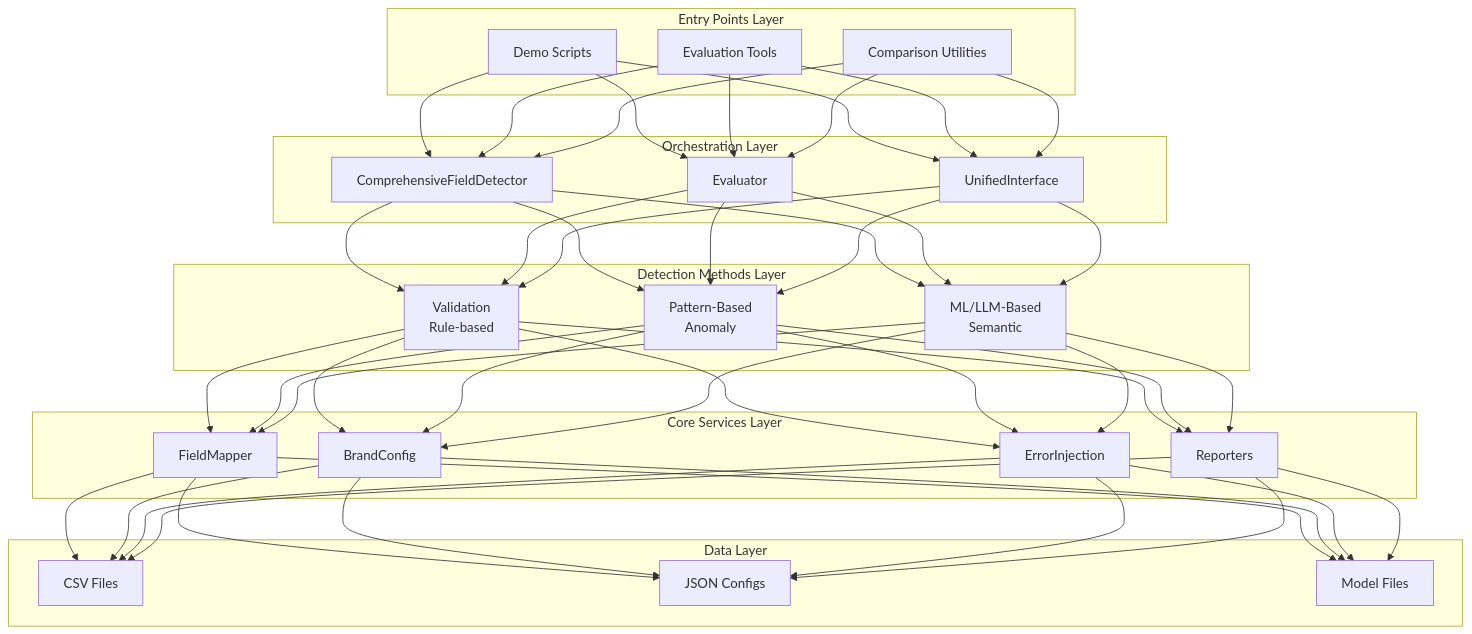
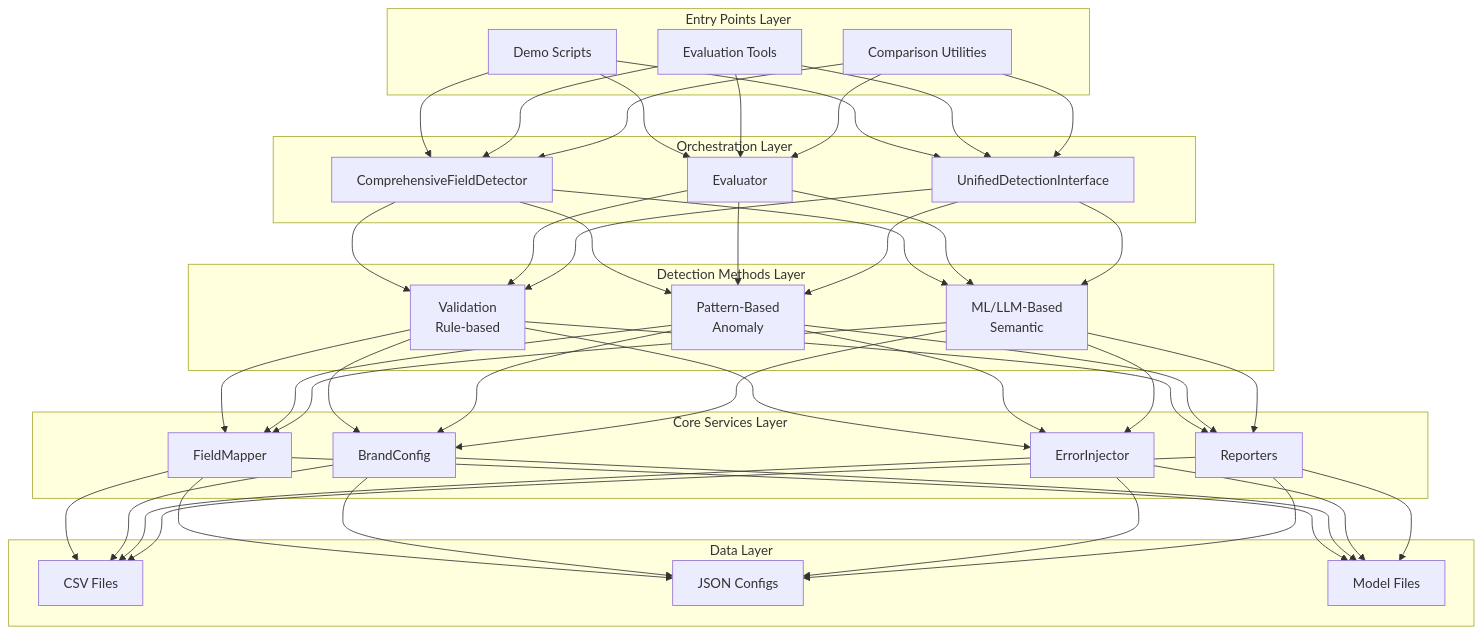
Before and after one commit to xafron-bv/data-quality-monitoring: the diagram in docs/README.md, drawn with Mermaid. The commit also changed other lines of this file and 10 other files, not shown here.

````diff
--- a/docs/README.md
+++ b/docs/README.md
@@ -32,38 +32,38 @@
 ```mermaid
 graph TB
     subgraph "Entry Points Layer"
         A1[Demo Scripts]
         A2[Evaluation Tools]
         A3[Comparison Utilities]
     end
     
     subgraph "Orchestration Layer"
         B1[ComprehensiveFieldDetector]
         B2[Evaluator]
-        B3[UnifiedInterface]
+        B3[UnifiedDetectionInterface]
     end
     
     subgraph "Detection Methods Layer"
         C1[Validation<br/>Rule-based]
         C2[Pattern-Based<br/>Anomaly]
         C3[ML/LLM-Based<br/>Semantic]
     end
     
     subgraph "Core Services Layer"
         D1[FieldMapper]
         D2[BrandConfig]
-        D3[ErrorInjection]
+        D3[ErrorInjector]
         D4[Reporters]
     end
     
     subgraph "Data Layer"
         E1[CSV Files]
         E2[JSON Configs]
         E3[Model Files]
     end
     
     A1 & A2 & A3 --> B1 & B2 & B3
     B1 & B2 & B3 --> C1 & C2 & C3
     C1 & C2 & C3 --> D1 & D2 & D3 & D4
     D1 & D2 & D3 & D4 --> E1 & E2 & E3
 ```
````
